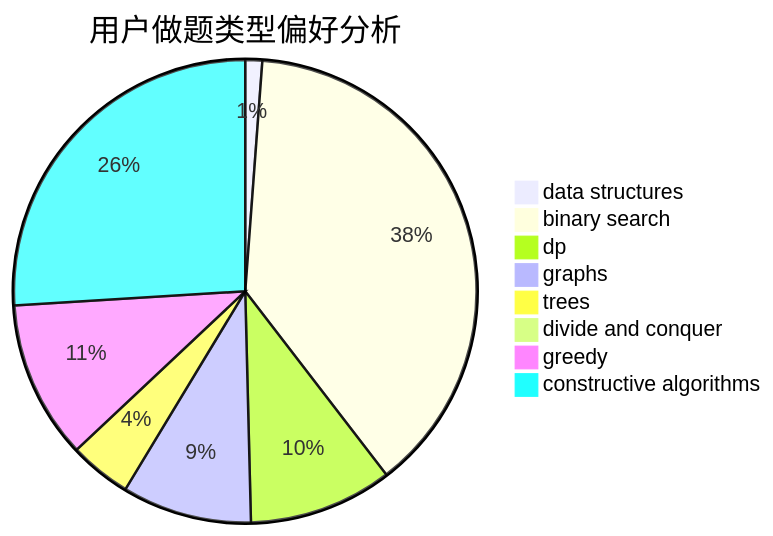
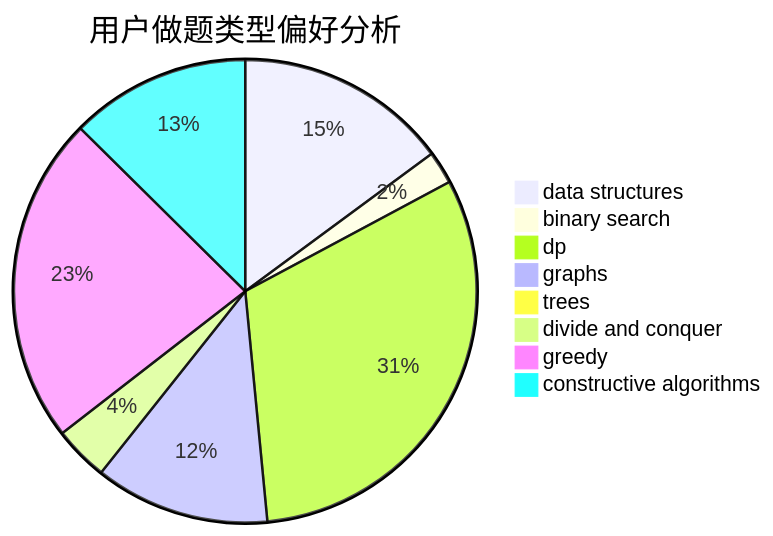
The second of 3 diagrams in docs/user/u1810.md (sherpahu/cfrs.github.io), drawn with Mermaid before and after one commit. The commit also changed other lines of this file and 2770 other files, not shown here.

````diff
--- a/docs/user/u1810.md
+++ b/docs/user/u1810.md
@@ -23,11 +23,11 @@
 ```mermaid
 pie title 用户做题类型偏好分析
-    "data structures" :  6
-    "binary search" :  195
-    "dp" :  51
-    "graphs" :  46
-    "trees" :  22
-    "divide and conquer" :  0
-    "greedy" :  56
-    "constructive algorithms" :  132
+    "data structures" :  39
+    "binary search" :  6
+    "dp" :  82
+    "graphs" :  32
+    "trees" :  0
+    "divide and conquer" :  10
+    "greedy" :  60
+    "constructive algorithms" :  33
 ```
````
